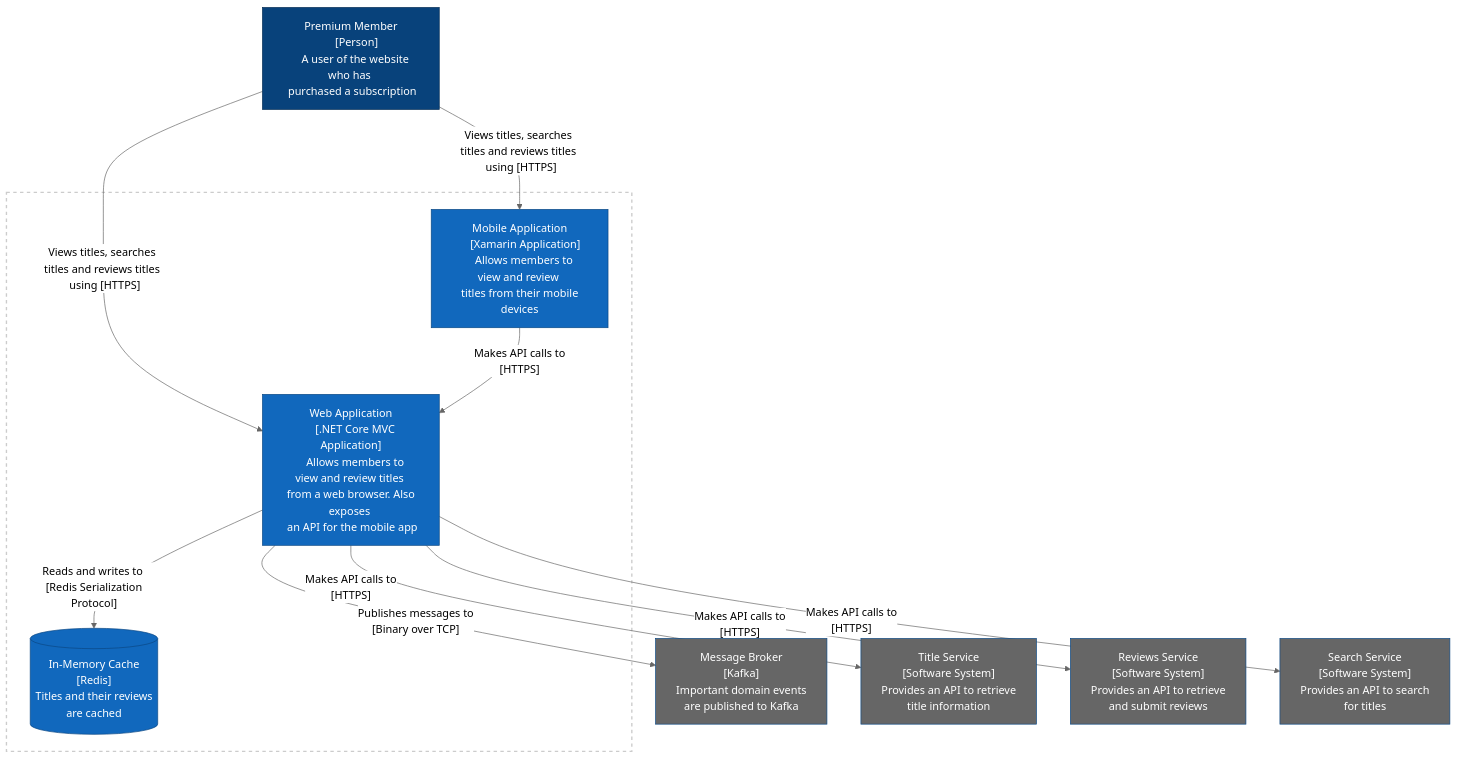
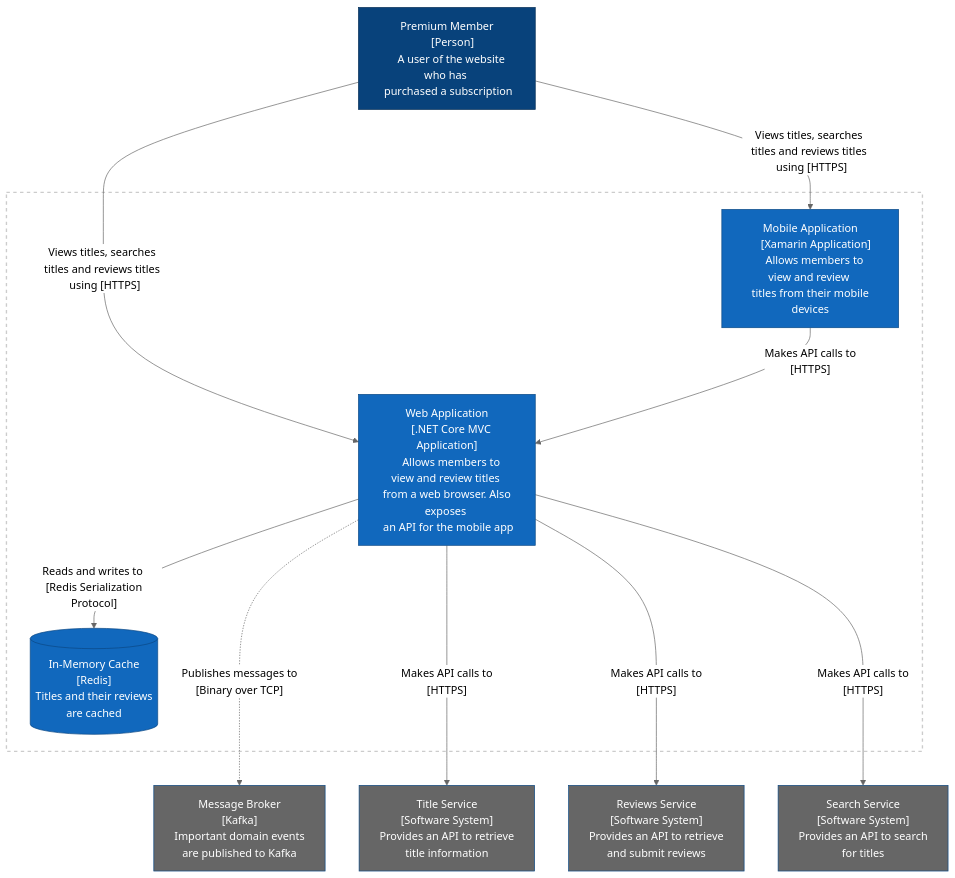
One commit to rawandrew/diagramming changed the sixth of 6 diagrams in mermaid_diagrams.md. Above: the diagram before and after it, drawn with Mermaid (neutral theme). The commit also changed other lines of this file, not shown here.

Commit message:
Add async message to diagram and document various link types.

````diff
--- a/mermaid_diagrams.md
+++ b/mermaid_diagrams.md
@@ -180,59 +192,59 @@
 ```mermaid
 flowchart TD
     User["Premium Member
     [Person]
     A user of the website who has \n purchased a subscription"]
     
     WA["Web Application
     [.NET Core MVC Application]
     Allows members to view and review titles \n from a web browser. Also exposes \n an API for the mobile app"]
     
     MA["Mobile Application
     [Xamarin Application]
     Allows members to view and review \n titles from their mobile devices"]
     
     R[("In-Memory Cache
     [Redis]
     Titles and their reviews \n are cached")]
     
     K["Message Broker 
     [Kafka]
     Important domain events \n are published to Kafka"]
 
     TS["Title Service 
     [Software System]
     Provides an API to retrieve \n title information"]
 
     RS["Reviews Service
     [Software System]
     Provides an API to retrieve \n and submit reviews"]
 
     SS["Search Service 
     [Software System]
     Provides an API to search \n for titles"]
 
     
     User -- "Views titles, searches titles and reviews titles \n using [HTTPS]" --> WA
     User -- "Views titles, searches titles and reviews titles \n using [HTTPS]" --> MA
     
     subgraph listing-service[Listing Service]
         MA -- "Makes API calls to \n [HTTPS]" --> WA
         WA -- "Reads and writes to \n [Redis Serialization Protocol]" --> R
     end
     
-    WA -- "Publishes messages to \n [Binary over TCP]" --> K
-    WA -- "Makes API calls to \n [HTTPS]" --> TS
-    WA -- "Makes API calls to \n [HTTPS]" --> RS
-    WA -- "Makes API calls to \n [HTTPS]" --> SS
+    WA -. "Publishes messages to \n [Binary over TCP]" ..-> K
+    WA -- "Makes API calls to \n [HTTPS]" ---> TS
+    WA -- "Makes API calls to \n [HTTPS]" ---> RS
+    WA -- "Makes API calls to \n [HTTPS]" ---> SS
 
     
     classDef container fill:#1168bd,stroke:#0b4884, color:#ffffff
     classDef person fill:#08427b,stroke:#052e56,color:#ffffff
     classDef supportingSystem fill:#666,stroke:#0b4884,color:#ffffff
     
     class User person
     class WA,MA,R container
     class TS,RS,SS,K supportingSystem
   
     style listing-service fill:none,stroke:#CCC,stroke-width:2px,color:#fff,stroke-dasharray: 5 5
 ```
````
